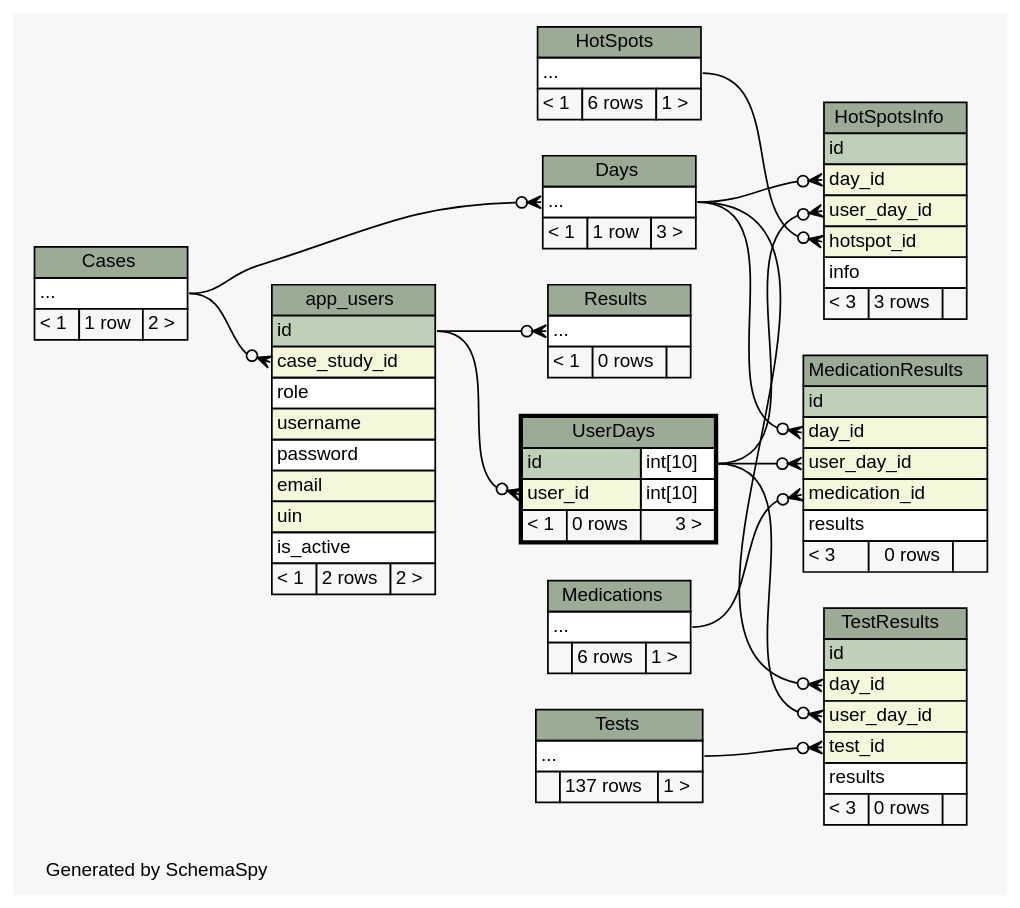
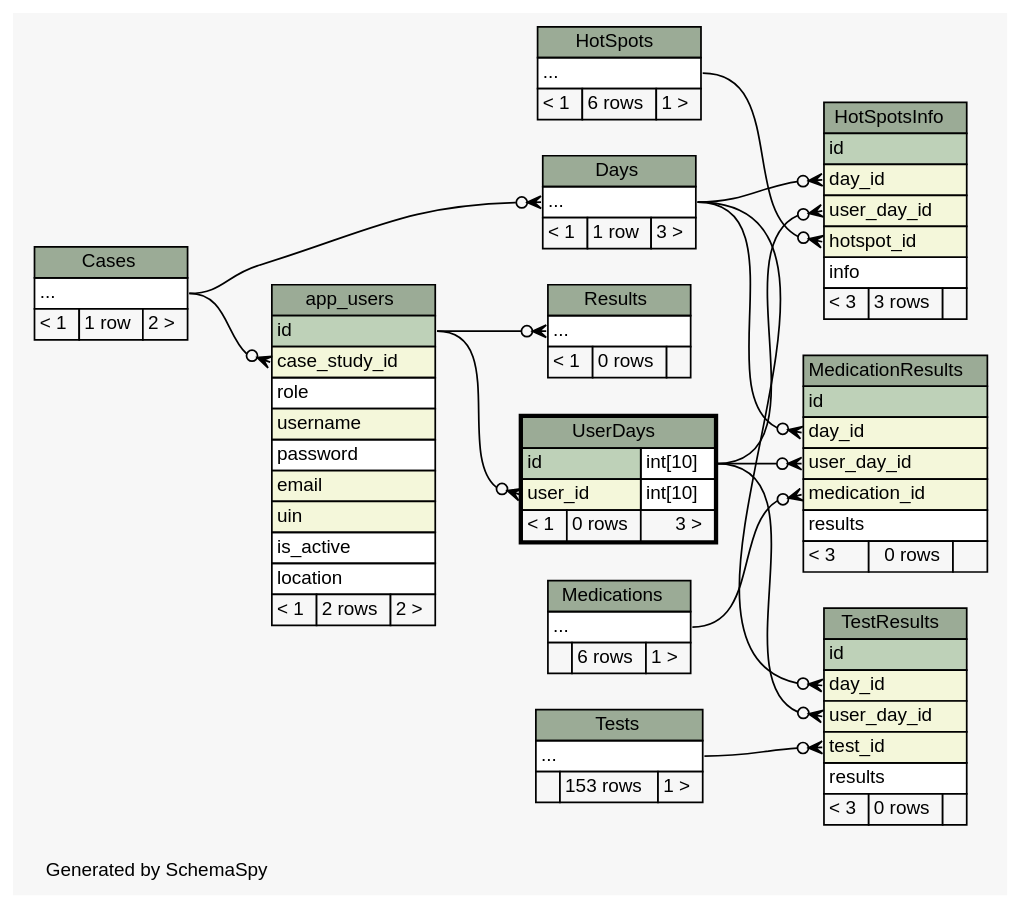
The diagram in web/files/schema/diagrams/UserDays.2degrees.dot (carrel2/CaseStudies), drawn with Graphviz before and after one commit. The commit also changed 190 other files, not shown here.

```diff
--- a/web/files/schema/diagrams/UserDays.2degrees.dot
+++ b/web/files/schema/diagrams/UserDays.2degrees.dot
@@ -1,165 +1,166 @@
 // dot 2.38.0 on Linux 4.4.0-72-generic
 // SchemaSpy rev 590
 digraph "twoDegreesRelationshipsDiagram" {
   graph [
     rankdir="RL"
     bgcolor="#f7f7f7"
     label="\nGenerated by SchemaSpy"
     labeljust="l"
     nodesep="0.18"
     ranksep="0.46"
     fontname="Helvetica"
     fontsize="11"
   ];
   node [
     fontname="Helvetica"
     fontsize="11"
     shape="plaintext"
   ];
   edge [
     arrowsize="0.8"
   ];
   "app_users":"case_study_id":w -> "Cases":"elipses":e [arrowhead=none dir=back arrowtail=crowodot];
   "Days":"elipses":w -> "Cases":"elipses":e [arrowhead=none dir=back arrowtail=crowodot];
   "HotSpotsInfo":"day_id":w -> "Days":"elipses":e [arrowhead=none dir=back arrowtail=crowodot];
   "HotSpotsInfo":"hotspot_id":w -> "HotSpots":"elipses":e [arrowhead=none dir=back arrowtail=crowodot];
   "HotSpotsInfo":"user_day_id":w -> "UserDays":"id.type":e [arrowhead=none dir=back arrowtail=crowodot];
   "MedicationResults":"day_id":w -> "Days":"elipses":e [arrowhead=none dir=back arrowtail=crowodot];
   "MedicationResults":"medication_id":w -> "Medications":"elipses":e [arrowhead=none dir=back arrowtail=crowodot];
   "MedicationResults":"user_day_id":w -> "UserDays":"id.type":e [arrowhead=none dir=back arrowtail=crowodot];
   "Results":"elipses":w -> "app_users":"id":e [arrowhead=none dir=back arrowtail=crowodot];
   "TestResults":"day_id":w -> "Days":"elipses":e [arrowhead=none dir=back arrowtail=crowodot];
   "TestResults":"test_id":w -> "Tests":"elipses":e [arrowhead=none dir=back arrowtail=crowodot];
   "TestResults":"user_day_id":w -> "UserDays":"id.type":e [arrowhead=none dir=back arrowtail=crowodot];
   "UserDays":"user_id":w -> "app_users":"id":e [arrowhead=none dir=back arrowtail=crowodot];
   "app_users" [
     label=<
     <TABLE BORDER="0" CELLBORDER="1" CELLSPACING="0" BGCOLOR="#ffffff">
       <TR><TD COLSPAN="3" BGCOLOR="#9bab96" ALIGN="CENTER">app_users</TD></TR>
       <TR><TD PORT="id" COLSPAN="3" BGCOLOR="#bed1b8" ALIGN="LEFT">id</TD></TR>
       <TR><TD PORT="case_study_id" COLSPAN="3" BGCOLOR="#f4f7da" ALIGN="LEFT">case_study_id</TD></TR>
       <TR><TD PORT="role" COLSPAN="3" ALIGN="LEFT">role</TD></TR>
       <TR><TD PORT="username" COLSPAN="3" BGCOLOR="#f4f7da" ALIGN="LEFT">username</TD></TR>
       <TR><TD PORT="password" COLSPAN="3" ALIGN="LEFT">password</TD></TR>
       <TR><TD PORT="email" COLSPAN="3" BGCOLOR="#f4f7da" ALIGN="LEFT">email</TD></TR>
       <TR><TD PORT="uin" COLSPAN="3" BGCOLOR="#f4f7da" ALIGN="LEFT">uin</TD></TR>
       <TR><TD PORT="is_active" COLSPAN="3" ALIGN="LEFT">is_active</TD></TR>
+      <TR><TD PORT="location" COLSPAN="3" ALIGN="LEFT">location</TD></TR>
       <TR><TD ALIGN="LEFT" BGCOLOR="#f7f7f7">&lt; 1</TD><TD ALIGN="RIGHT" BGCOLOR="#f7f7f7">2 rows</TD><TD ALIGN="RIGHT" BGCOLOR="#f7f7f7">2 &gt;</TD></TR>
     </TABLE>>
     URL="app_users.html"
     tooltip="app_users"
   ];
   "Cases" [
     label=<
     <TABLE BORDER="0" CELLBORDER="1" CELLSPACING="0" BGCOLOR="#ffffff">
       <TR><TD COLSPAN="3" BGCOLOR="#9bab96" ALIGN="CENTER">Cases</TD></TR>
       <TR><TD PORT="elipses" COLSPAN="3" ALIGN="LEFT">...</TD></TR>
       <TR><TD ALIGN="LEFT" BGCOLOR="#f7f7f7">&lt; 1</TD><TD ALIGN="RIGHT" BGCOLOR="#f7f7f7">1 row</TD><TD ALIGN="RIGHT" BGCOLOR="#f7f7f7">2 &gt;</TD></TR>
     </TABLE>>
     URL="Cases.html"
     tooltip="Cases"
   ];
   "Days" [
     label=<
     <TABLE BORDER="0" CELLBORDER="1" CELLSPACING="0" BGCOLOR="#ffffff">
       <TR><TD COLSPAN="3" BGCOLOR="#9bab96" ALIGN="CENTER">Days</TD></TR>
       <TR><TD PORT="elipses" COLSPAN="3" ALIGN="LEFT">...</TD></TR>
       <TR><TD ALIGN="LEFT" BGCOLOR="#f7f7f7">&lt; 1</TD><TD ALIGN="RIGHT" BGCOLOR="#f7f7f7">1 row</TD><TD ALIGN="RIGHT" BGCOLOR="#f7f7f7">3 &gt;</TD></TR>
     </TABLE>>
     URL="Days.html"
     tooltip="Days"
   ];
   "HotSpots" [
     label=<
     <TABLE BORDER="0" CELLBORDER="1" CELLSPACING="0" BGCOLOR="#ffffff">
       <TR><TD COLSPAN="3" BGCOLOR="#9bab96" ALIGN="CENTER">HotSpots</TD></TR>
       <TR><TD PORT="elipses" COLSPAN="3" ALIGN="LEFT">...</TD></TR>
       <TR><TD ALIGN="LEFT" BGCOLOR="#f7f7f7">&lt; 1</TD><TD ALIGN="RIGHT" BGCOLOR="#f7f7f7">6 rows</TD><TD ALIGN="RIGHT" BGCOLOR="#f7f7f7">1 &gt;</TD></TR>
     </TABLE>>
     URL="HotSpots.html"
     tooltip="HotSpots"
   ];
   "HotSpotsInfo" [
     label=<
     <TABLE BORDER="0" CELLBORDER="1" CELLSPACING="0" BGCOLOR="#ffffff">
       <TR><TD COLSPAN="3" BGCOLOR="#9bab96" ALIGN="CENTER">HotSpotsInfo</TD></TR>
       <TR><TD PORT="id" COLSPAN="3" BGCOLOR="#bed1b8" ALIGN="LEFT">id</TD></TR>
       <TR><TD PORT="day_id" COLSPAN="3" BGCOLOR="#f4f7da" ALIGN="LEFT">day_id</TD></TR>
       <TR><TD PORT="user_day_id" COLSPAN="3" BGCOLOR="#f4f7da" ALIGN="LEFT">user_day_id</TD></TR>
       <TR><TD PORT="hotspot_id" COLSPAN="3" BGCOLOR="#f4f7da" ALIGN="LEFT">hotspot_id</TD></TR>
       <TR><TD PORT="info" COLSPAN="3" ALIGN="LEFT">info</TD></TR>
       <TR><TD ALIGN="LEFT" BGCOLOR="#f7f7f7">&lt; 3</TD><TD ALIGN="RIGHT" BGCOLOR="#f7f7f7">3 rows</TD><TD ALIGN="RIGHT" BGCOLOR="#f7f7f7">  </TD></TR>
     </TABLE>>
     URL="HotSpotsInfo.html"
     tooltip="HotSpotsInfo"
   ];
   "MedicationResults" [
     label=<
     <TABLE BORDER="0" CELLBORDER="1" CELLSPACING="0" BGCOLOR="#ffffff">
       <TR><TD COLSPAN="3" BGCOLOR="#9bab96" ALIGN="CENTER">MedicationResults</TD></TR>
       <TR><TD PORT="id" COLSPAN="3" BGCOLOR="#bed1b8" ALIGN="LEFT">id</TD></TR>
       <TR><TD PORT="day_id" COLSPAN="3" BGCOLOR="#f4f7da" ALIGN="LEFT">day_id</TD></TR>
       <TR><TD PORT="user_day_id" COLSPAN="3" BGCOLOR="#f4f7da" ALIGN="LEFT">user_day_id</TD></TR>
       <TR><TD PORT="medication_id" COLSPAN="3" BGCOLOR="#f4f7da" ALIGN="LEFT">medication_id</TD></TR>
       <TR><TD PORT="results" COLSPAN="3" ALIGN="LEFT">results</TD></TR>
       <TR><TD ALIGN="LEFT" BGCOLOR="#f7f7f7">&lt; 3</TD><TD ALIGN="RIGHT" BGCOLOR="#f7f7f7">0 rows</TD><TD ALIGN="RIGHT" BGCOLOR="#f7f7f7">  </TD></TR>
     </TABLE>>
     URL="MedicationResults.html"
     tooltip="MedicationResults"
   ];
   "Medications" [
     label=<
     <TABLE BORDER="0" CELLBORDER="1" CELLSPACING="0" BGCOLOR="#ffffff">
       <TR><TD COLSPAN="3" BGCOLOR="#9bab96" ALIGN="CENTER">Medications</TD></TR>
       <TR><TD PORT="elipses" COLSPAN="3" ALIGN="LEFT">...</TD></TR>
       <TR><TD ALIGN="LEFT" BGCOLOR="#f7f7f7">  </TD><TD ALIGN="RIGHT" BGCOLOR="#f7f7f7">6 rows</TD><TD ALIGN="RIGHT" BGCOLOR="#f7f7f7">1 &gt;</TD></TR>
     </TABLE>>
     URL="Medications.html"
     tooltip="Medications"
   ];
   "Results" [
     label=<
     <TABLE BORDER="0" CELLBORDER="1" CELLSPACING="0" BGCOLOR="#ffffff">
       <TR><TD COLSPAN="3" BGCOLOR="#9bab96" ALIGN="CENTER">Results</TD></TR>
       <TR><TD PORT="elipses" COLSPAN="3" ALIGN="LEFT">...</TD></TR>
       <TR><TD ALIGN="LEFT" BGCOLOR="#f7f7f7">&lt; 1</TD><TD ALIGN="RIGHT" BGCOLOR="#f7f7f7">0 rows</TD><TD ALIGN="RIGHT" BGCOLOR="#f7f7f7">  </TD></TR>
     </TABLE>>
     URL="Results.html"
     tooltip="Results"
   ];
   "TestResults" [
     label=<
     <TABLE BORDER="0" CELLBORDER="1" CELLSPACING="0" BGCOLOR="#ffffff">
       <TR><TD COLSPAN="3" BGCOLOR="#9bab96" ALIGN="CENTER">TestResults</TD></TR>
       <TR><TD PORT="id" COLSPAN="3" BGCOLOR="#bed1b8" ALIGN="LEFT">id</TD></TR>
       <TR><TD PORT="day_id" COLSPAN="3" BGCOLOR="#f4f7da" ALIGN="LEFT">day_id</TD></TR>
       <TR><TD PORT="user_day_id" COLSPAN="3" BGCOLOR="#f4f7da" ALIGN="LEFT">user_day_id</TD></TR>
       <TR><TD PORT="test_id" COLSPAN="3" BGCOLOR="#f4f7da" ALIGN="LEFT">test_id</TD></TR>
       <TR><TD PORT="results" COLSPAN="3" ALIGN="LEFT">results</TD></TR>
       <TR><TD ALIGN="LEFT" BGCOLOR="#f7f7f7">&lt; 3</TD><TD ALIGN="RIGHT" BGCOLOR="#f7f7f7">0 rows</TD><TD ALIGN="RIGHT" BGCOLOR="#f7f7f7">  </TD></TR>
     </TABLE>>
     URL="TestResults.html"
     tooltip="TestResults"
   ];
   "Tests" [
     label=<
     <TABLE BORDER="0" CELLBORDER="1" CELLSPACING="0" BGCOLOR="#ffffff">
       <TR><TD COLSPAN="3" BGCOLOR="#9bab96" ALIGN="CENTER">Tests</TD></TR>
       <TR><TD PORT="elipses" COLSPAN="3" ALIGN="LEFT">...</TD></TR>
-      <TR><TD ALIGN="LEFT" BGCOLOR="#f7f7f7">  </TD><TD ALIGN="RIGHT" BGCOLOR="#f7f7f7">137 rows</TD><TD ALIGN="RIGHT" BGCOLOR="#f7f7f7">1 &gt;</TD></TR>
+      <TR><TD ALIGN="LEFT" BGCOLOR="#f7f7f7">  </TD><TD ALIGN="RIGHT" BGCOLOR="#f7f7f7">153 rows</TD><TD ALIGN="RIGHT" BGCOLOR="#f7f7f7">1 &gt;</TD></TR>
     </TABLE>>
     URL="Tests.html"
     tooltip="Tests"
   ];
   "UserDays" [
     label=<
     <TABLE BORDER="2" CELLBORDER="1" CELLSPACING="0" BGCOLOR="#ffffff">
       <TR><TD COLSPAN="3" BGCOLOR="#9bab96" ALIGN="CENTER">UserDays</TD></TR>
       <TR><TD PORT="id" COLSPAN="2" BGCOLOR="#bed1b8" ALIGN="LEFT">id</TD><TD PORT="id.type" ALIGN="LEFT">int[10]</TD></TR>
       <TR><TD PORT="user_id" COLSPAN="2" BGCOLOR="#f4f7da" ALIGN="LEFT">user_id</TD><TD PORT="user_id.type" ALIGN="LEFT">int[10]</TD></TR>
       <TR><TD ALIGN="LEFT" BGCOLOR="#f7f7f7">&lt; 1</TD><TD ALIGN="RIGHT" BGCOLOR="#f7f7f7">0 rows</TD><TD ALIGN="RIGHT" BGCOLOR="#f7f7f7">3 &gt;</TD></TR>
     </TABLE>>
     URL="UserDays.html"
     tooltip="UserDays"
   ];
 }
```
